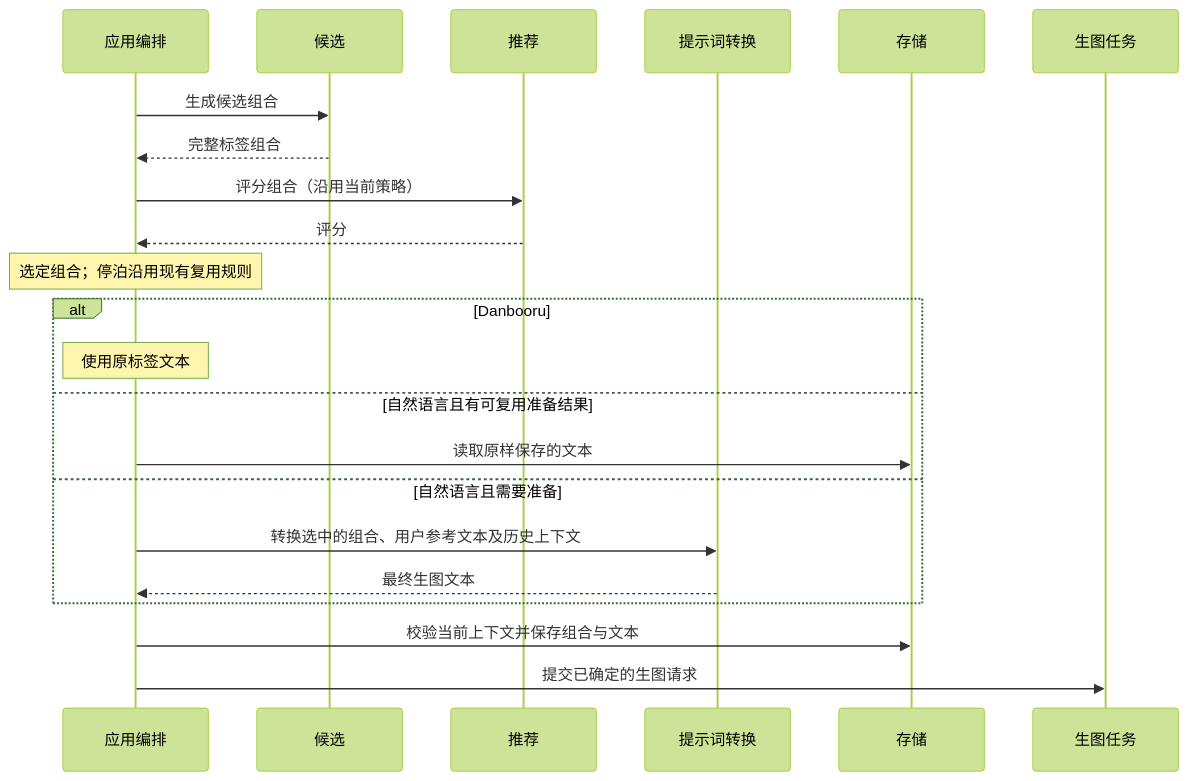
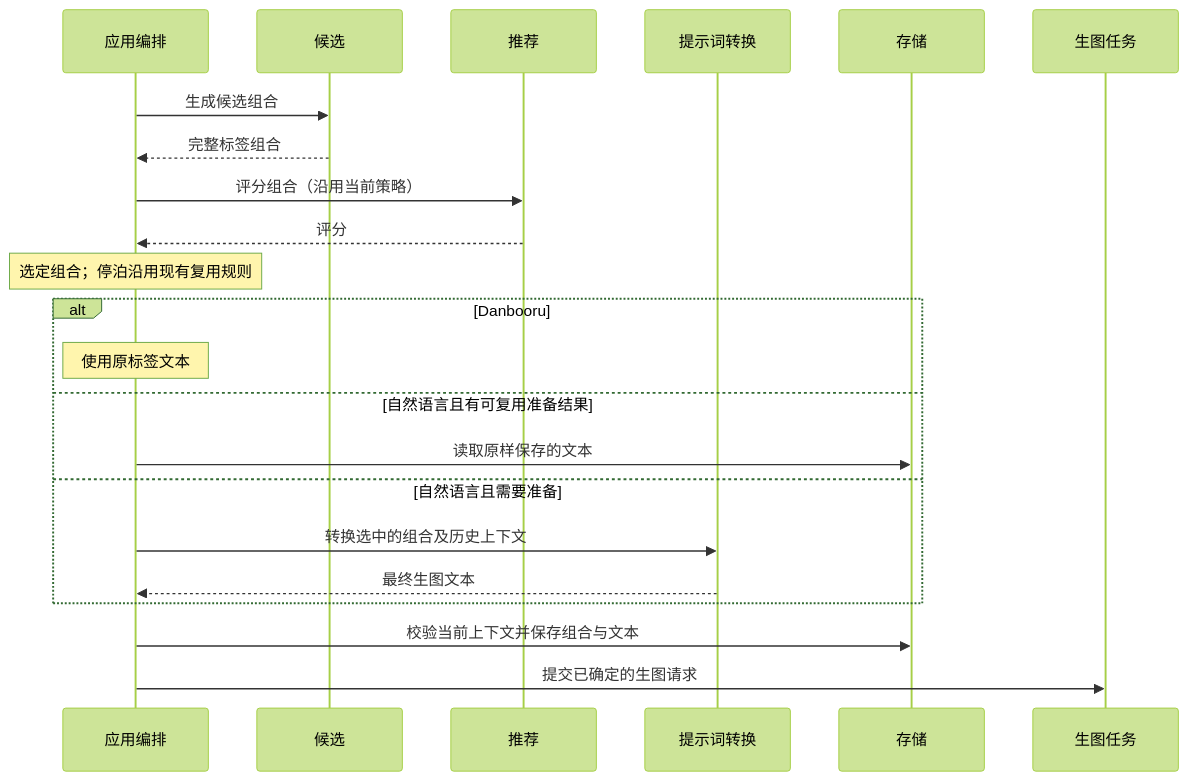
The second of 2 diagrams in docs/zh-CN/dev/issues/natural-language-prompts.md (Lykr/pictide), drawn with Mermaid (forest theme) before and after one commit. The commit also changed other lines of this file, not shown here.

````diff
--- a/docs/zh-CN/dev/issues/natural-language-prompts.md
+++ b/docs/zh-CN/dev/issues/natural-language-prompts.md
@@ -42,24 +44,24 @@
 ```mermaid
 sequenceDiagram
     participant App as 应用编排
     participant C as 候选
     participant R as 推荐
     participant P as 提示词转换
     participant S as 存储
     participant T as 生图任务
     App->>C: 生成候选组合
     C-->>App: 完整标签组合
     App->>R: 评分组合（沿用当前策略）
     R-->>App: 评分
     Note over App: 选定组合；停泊沿用现有复用规则
     alt Danbooru
         Note over App: 使用原标签文本
     else 自然语言且有可复用准备结果
         App->>S: 读取原样保存的文本
     else 自然语言且需要准备
-        App->>P: 转换选中的组合、用户参考文本及历史上下文
+        App->>P: 转换选中的组合及历史上下文
         P-->>App: 最终生图文本
     end
     App->>S: 校验当前上下文并保存组合与文本
     App->>T: 提交已确定的生图请求
 ```
````
